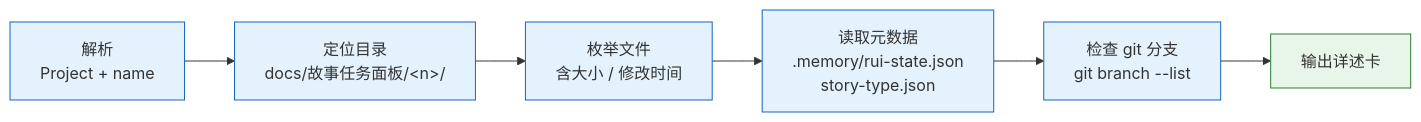
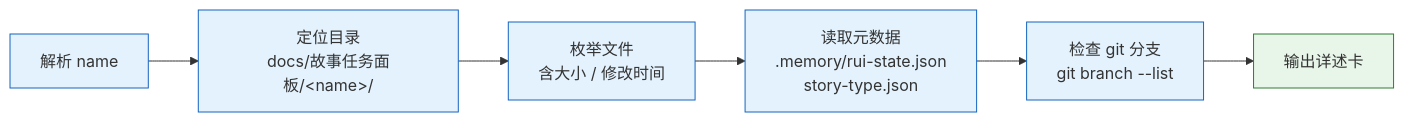
Before and after one commit to effiy/YrY: the sixth of 13 diagrams in skills/rui-story/SKILL.md, drawn with Mermaid. The commit also changed other lines of this file and 22 other files, not shown here.

````diff
--- a/skills/rui-story/SKILL.md
+++ b/skills/rui-story/SKILL.md
@@ -157,11 +157,11 @@
 ```mermaid
 flowchart LR
-    PARSE["解析<br/>Project + name"]:::op --> LOCATE["定位目录<br/>docs/故事任务面板/&lt;n&gt;/"]:::op
+    PARSE["解析 name"]:::op --> LOCATE["定位目录<br/>docs/故事任务面板/&lt;name&gt;/"]:::op
     LOCATE --> ENUM["枚举文件<br/>含大小 / 修改时间"]:::op
     ENUM --> META["读取元数据<br/>.memory/rui-state.json<br/>story-type.json"]:::op
     META --> BRANCH["检查 git 分支<br/>git branch --list"]:::op
     BRANCH --> OUT["输出详述卡"]:::out
 
     classDef op fill:#e3f2fd,stroke:#1565c0;
     classDef out fill:#e8f5e9,stroke:#2e7d32;
 ```
````
